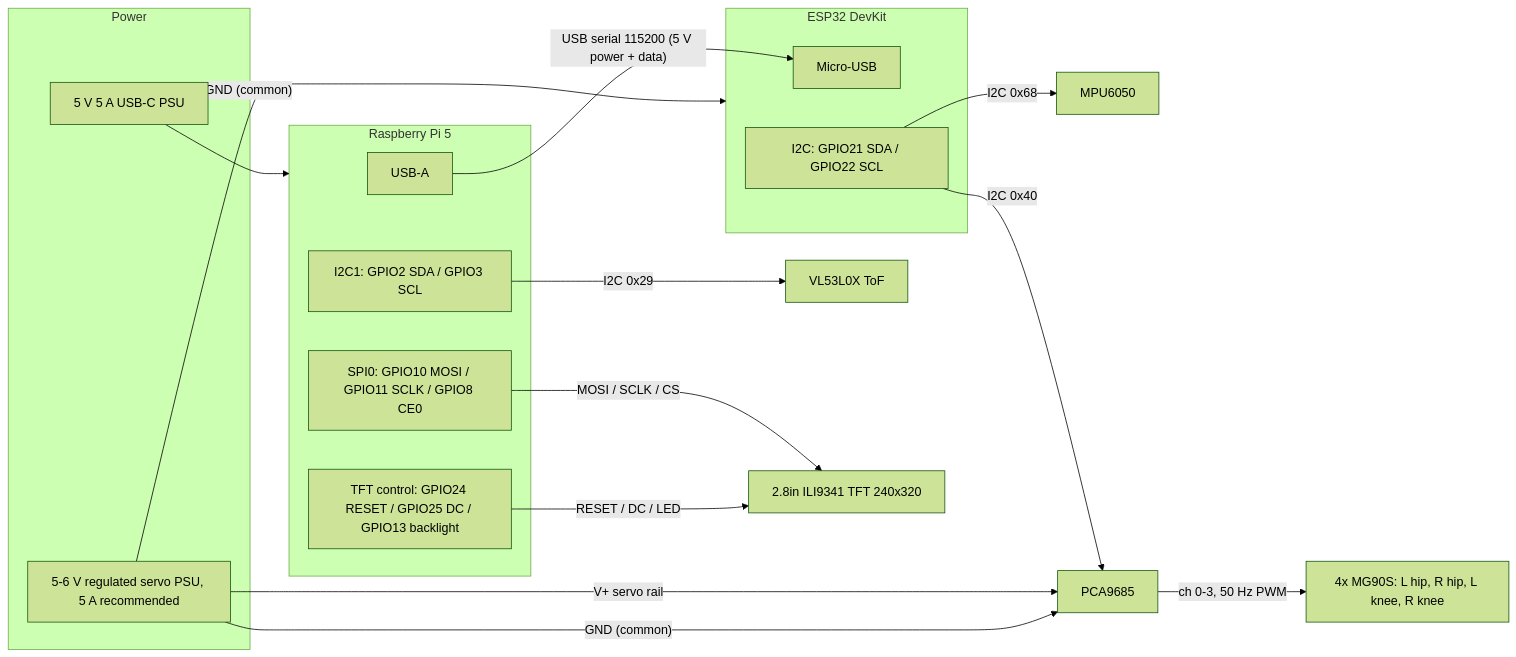
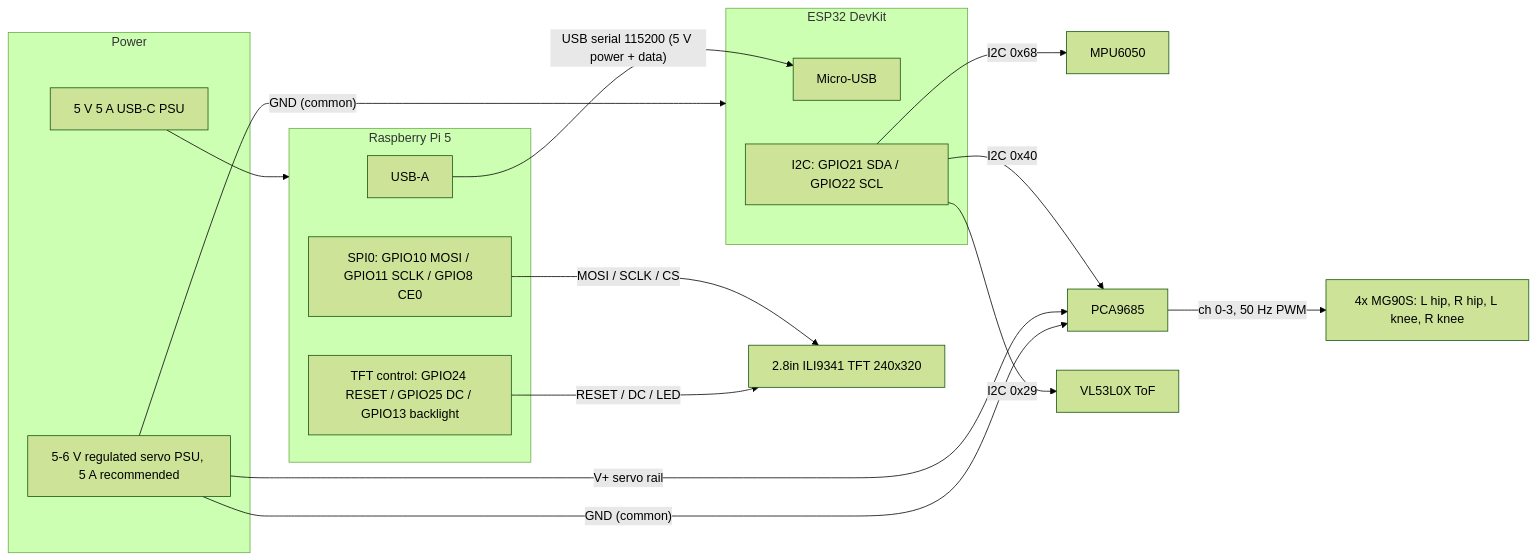
Before and after one commit to coderForLife-A1/EMO-Bot: the diagram in README.md, drawn with Mermaid (forest theme). The commit also changed other lines of this file and 13 other files, not shown here.

````diff
--- a/README.md
+++ b/README.md
@@ -188,28 +191,27 @@
 ```mermaid
 flowchart LR
     subgraph PWR[Power]
         USBC[5 V 5 A USB-C PSU]
         SPSU[5-6 V regulated servo PSU, 5 A recommended]
     end
     subgraph PI[Raspberry Pi 5]
         PI_USB[USB-A]
-        PI_I2C[I2C1: GPIO2 SDA / GPIO3 SCL]
         PI_SPI[SPI0: GPIO10 MOSI / GPIO11 SCLK / GPIO8 CE0]
         PI_TFT[TFT control: GPIO24 RESET / GPIO25 DC / GPIO13 backlight]
     end
     subgraph ESP[ESP32 DevKit]
         ESP_USB[Micro-USB]
         ESP_I2C[I2C: GPIO21 SDA / GPIO22 SCL]
     end
     USBC --> PI
     PI_USB -- "USB serial 115200 (5 V power + data)" --> ESP_USB
-    PI_I2C -- "I2C 0x29" --> TOF[VL53L0X ToF]
     PI_SPI -- "MOSI / SCLK / CS" --> TFT[2.8in ILI9341 TFT 240x320]
     PI_TFT -- "RESET / DC / LED" --> TFT
     ESP_I2C -- "I2C 0x68" --> IMU[MPU6050]
     ESP_I2C -- "I2C 0x40" --> PCA[PCA9685]
+    ESP_I2C -- "I2C 0x29" --> TOF[VL53L0X ToF]
     PCA -- "ch 0-3, 50 Hz PWM" --> SERVOS[4x MG90S: L hip, R hip, L knee, R knee]
     SPSU -- "V+ servo rail" --> PCA
     SPSU -- "GND (common)" --> PCA
     SPSU -- "GND (common)" --> ESP
 ```
````
